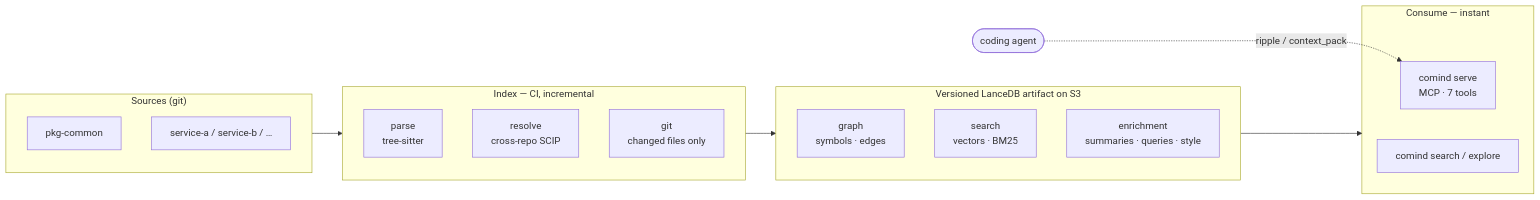
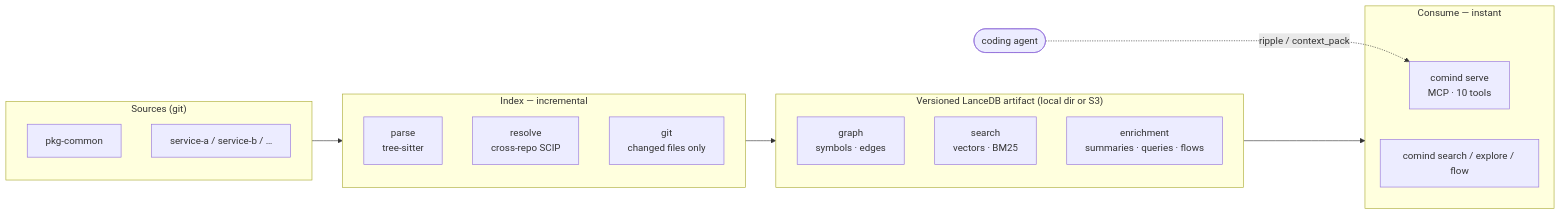
One commit to sayef/comind changed the diagram in README.md. Above: the diagram before and after it, drawn with Mermaid. The commit also changed other lines of this file and 8 other files, not shown here.

Commit message:
chore: pre-public cleanup — clean README, trim ARCHITECTURE phase-log, tidy doc headers, remove dead embeddings code, type aliases (clippy clean), add rustfmt.toml + pre-commit + clippy CI

````diff
--- a/README.md
+++ b/README.md
@@ -102,23 +100,23 @@
 ```mermaid
 flowchart LR
     subgraph SRC["Sources (git)"]
         R1["pkg-common"]
         R2["service-a / service-b / …"]
     end
-    subgraph IDX["Index — CI, incremental"]
+    subgraph IDX["Index — incremental"]
         P["parse<br/>tree-sitter"]
         RS["resolve<br/>cross-repo SCIP"]
         G["git<br/>changed files only"]
     end
-    subgraph ART["Versioned LanceDB artifact on S3"]
+    subgraph ART["Versioned LanceDB artifact (local dir or S3)"]
         GR["graph<br/>symbols · edges"]
         SE["search<br/>vectors · BM25"]
-        EN["enrichment<br/>summaries · queries · style"]
+        EN["enrichment<br/>summaries · queries · flows"]
     end
     subgraph USE["Consume — instant"]
-        MCP["comind serve<br/>MCP · 7 tools"]
-        CLI["comind search / explore"]
+        MCP["comind serve<br/>MCP · 10 tools"]
+        CLI["comind search / explore / flow"]
     end
     SRC --> IDX --> ART --> USE
     AGENT(["coding agent"]) -. ripple / context_pack .-> MCP
 ```
````
